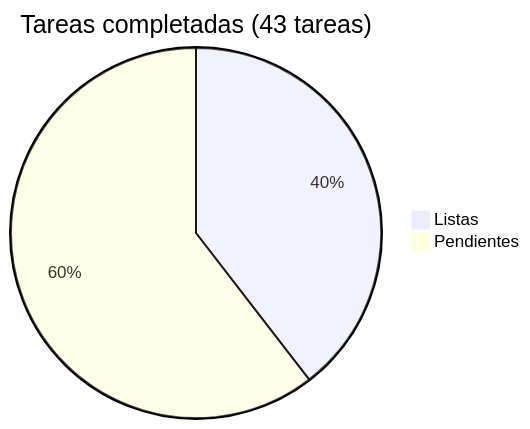
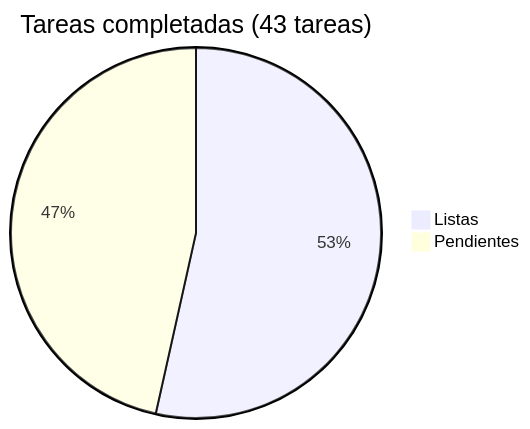
Before and after one commit to adelgadox/centroacopiove: the diagram in docs/roadmap/README.md, drawn with Mermaid. The commit also changed other lines of this file and 15 other files, not shown here.

````diff
--- a/docs/roadmap/README.md
+++ b/docs/roadmap/README.md
@@ -5,5 +5,5 @@
 ```mermaid
 pie title Tareas completadas (43 tareas)
-    "Listas" : 17
-    "Pendientes" : 26
+    "Listas" : 23
+    "Pendientes" : 20
 ```
````
